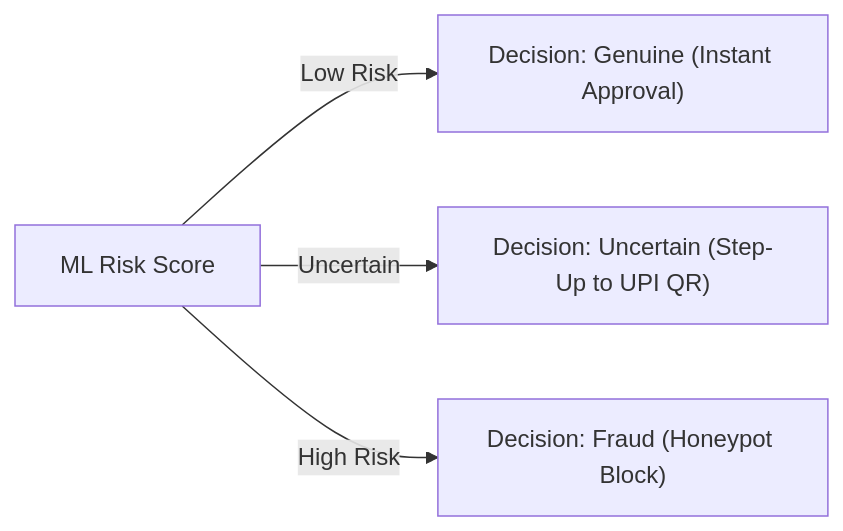
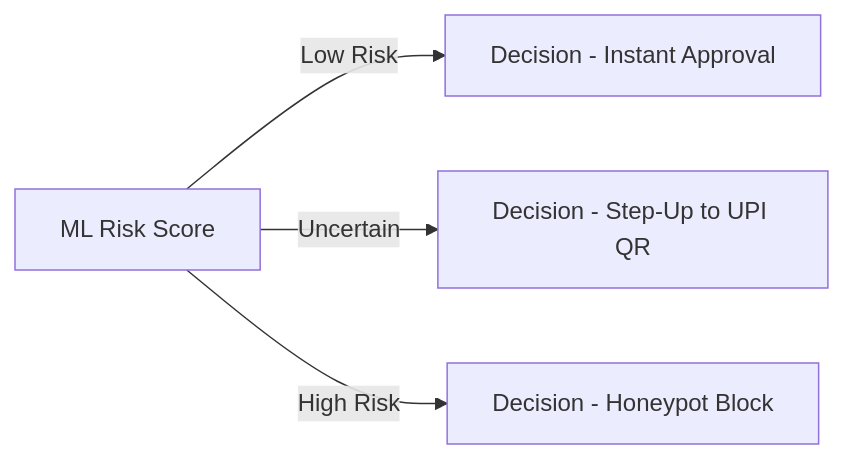
Before and after one commit to GeekLuffy/RazorVigil: the second of 2 diagrams in README.md, drawn with Mermaid. The commit also changed other lines of this file, not shown here.

Commit message:
fix(readme): remove all parentheses and colons from Mermaid to guarantee GitHub compatibility, add ASCII architecture diagram

````diff
--- a/README.md
+++ b/README.md
@@ -81,7 +105,6 @@
 ```mermaid
-graph LR
-    SCORE["ML Risk Score"]
-    SCORE -->|Low Risk| GENUINE["Decision: Genuine (Instant Approval)"]
-    SCORE -->|Uncertain| UNCERTAIN["Decision: Uncertain (Step-Up to UPI QR)"]
-    SCORE -->|High Risk| FRAUD["Decision: Fraud (Honeypot Block)"]
+flowchart LR
+    SCORE[ML Risk Score] -->|Low Risk| GENUINE[Decision - Instant Approval]
+    SCORE -->|Uncertain| UNCERTAIN[Decision - Step-Up to UPI QR]
+    SCORE -->|High Risk| FRAUD[Decision - Honeypot Block]
 ```
````
